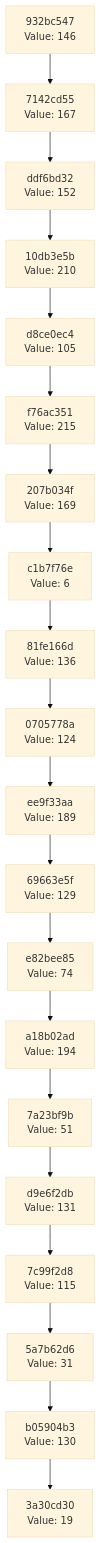
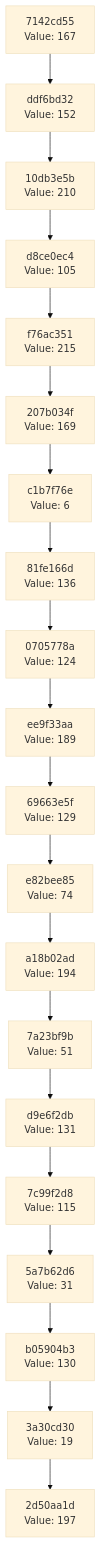
One commit to Abhisheksinha1506/hash-chain-evolver changed the diagram in docs/CHAIN_VISUALIZATION.md. Above: the diagram before and after it, drawn with Mermaid (base theme). The commit also changed 1 other file, not shown here.

Commit message:
Evolution step: hash 0xC5 → action executed

````diff
--- a/docs/CHAIN_VISUALIZATION.md
+++ b/docs/CHAIN_VISUALIZATION.md
@@ -3,42 +3,42 @@
 ```mermaid
 graph TD
-    C0["3a30cd30<br/>Value: 19"]
-    C1["b05904b3<br/>Value: 130"]
+    C0["2d50aa1d<br/>Value: 197"]
+    C1["3a30cd30<br/>Value: 19"]
     C1 --> C0
-    C2["5a7b62d6<br/>Value: 31"]
+    C2["b05904b3<br/>Value: 130"]
     C2 --> C1
-    C3["7c99f2d8<br/>Value: 115"]
+    C3["5a7b62d6<br/>Value: 31"]
     C3 --> C2
-    C4["d9e6f2db<br/>Value: 131"]
+    C4["7c99f2d8<br/>Value: 115"]
     C4 --> C3
-    C5["7a23bf9b<br/>Value: 51"]
+    C5["d9e6f2db<br/>Value: 131"]
     C5 --> C4
-    C6["a18b02ad<br/>Value: 194"]
+    C6["7a23bf9b<br/>Value: 51"]
     C6 --> C5
-    C7["e82bee85<br/>Value: 74"]
+    C7["a18b02ad<br/>Value: 194"]
     C7 --> C6
-    C8["69663e5f<br/>Value: 129"]
+    C8["e82bee85<br/>Value: 74"]
     C8 --> C7
-    C9["ee9f33aa<br/>Value: 189"]
+    C9["69663e5f<br/>Value: 129"]
     C9 --> C8
-    C10["0705778a<br/>Value: 124"]
+    C10["ee9f33aa<br/>Value: 189"]
     C10 --> C9
-    C11["81fe166d<br/>Value: 136"]
+    C11["0705778a<br/>Value: 124"]
     C11 --> C10
-    C12["c1b7f76e<br/>Value: 6"]
+    C12["81fe166d<br/>Value: 136"]
     C12 --> C11
-    C13["207b034f<br/>Value: 169"]
+    C13["c1b7f76e<br/>Value: 6"]
     C13 --> C12
-    C14["f76ac351<br/>Value: 215"]
+    C14["207b034f<br/>Value: 169"]
     C14 --> C13
-    C15["d8ce0ec4<br/>Value: 105"]
+    C15["f76ac351<br/>Value: 215"]
     C15 --> C14
-    C16["10db3e5b<br/>Value: 210"]
+    C16["d8ce0ec4<br/>Value: 105"]
     C16 --> C15
-    C17["ddf6bd32<br/>Value: 152"]
+    C17["10db3e5b<br/>Value: 210"]
     C17 --> C16
-    C18["7142cd55<br/>Value: 167"]
+    C18["ddf6bd32<br/>Value: 152"]
     C18 --> C17
-    C19["932bc547<br/>Value: 146"]
+    C19["7142cd55<br/>Value: 167"]
     C19 --> C18
 ```
````
